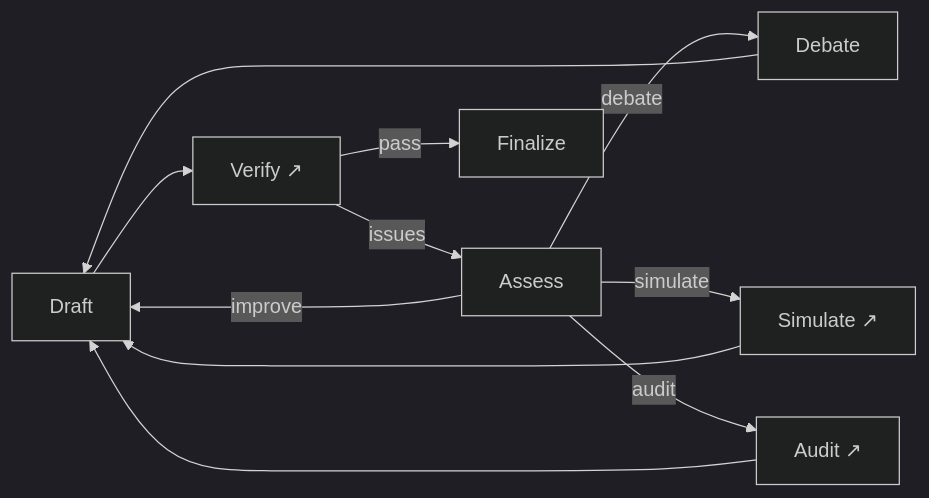
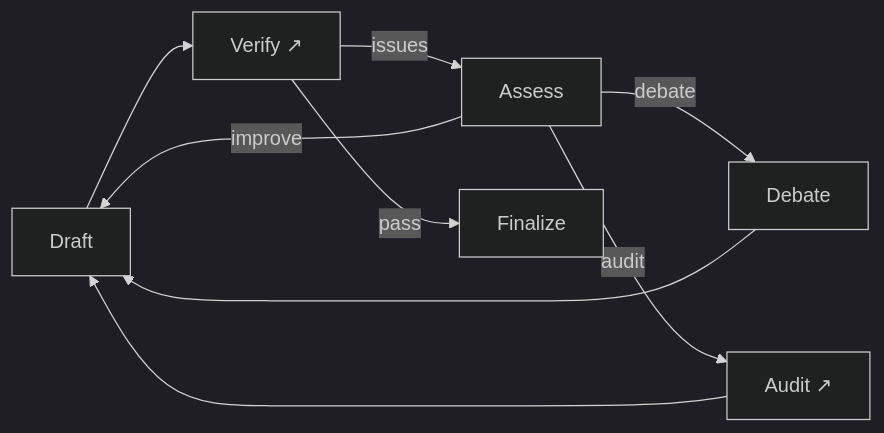
One commit to imtemp-dev/claude-bts changed the second of 3 diagrams in README.md. Above: the diagram before and after it, drawn with Mermaid (dark theme). The commit also changed other lines of this file and 26 other files, not shown here.

````diff
--- a/README.md
+++ b/README.md
@@ -75,10 +75,9 @@
 ```mermaid
 flowchart LR
     D["Draft"] --> V["Verify ↗"]
     V -->|"issues"| A["Assess"]
     A -->|"improve"| D
     A -->|"debate"| DB["Debate"] --> D
-    A -->|"simulate"| SM["Simulate ↗"] --> D
     A -->|"audit"| AU["Audit ↗"] --> D
     V -->|"pass"| F["Finalize"]
 ```
````
